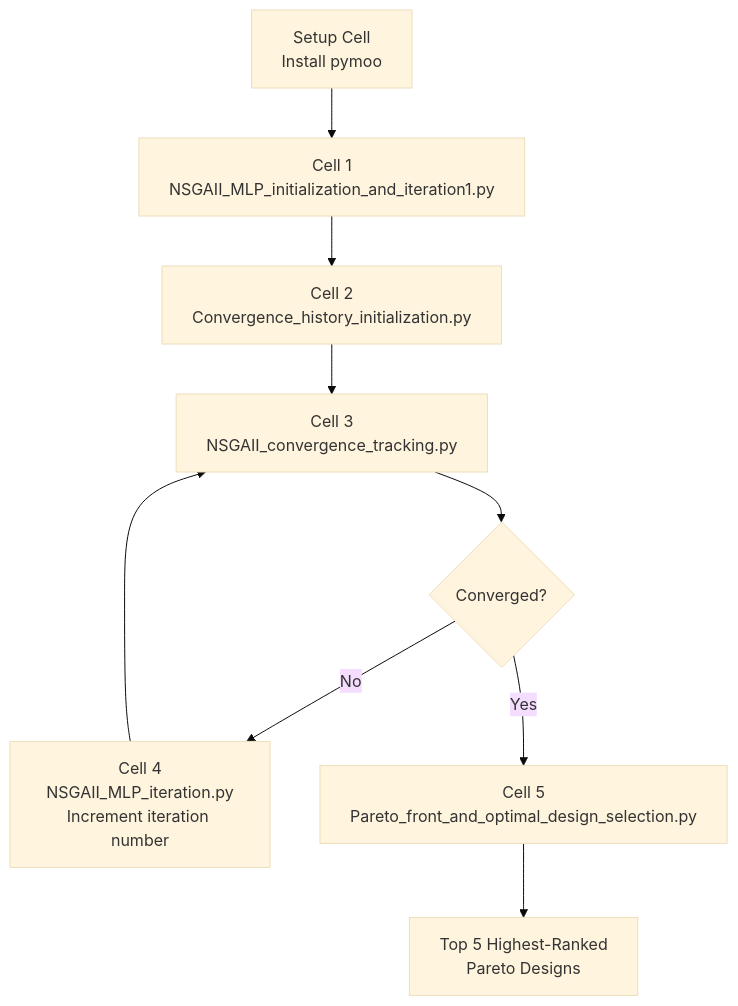
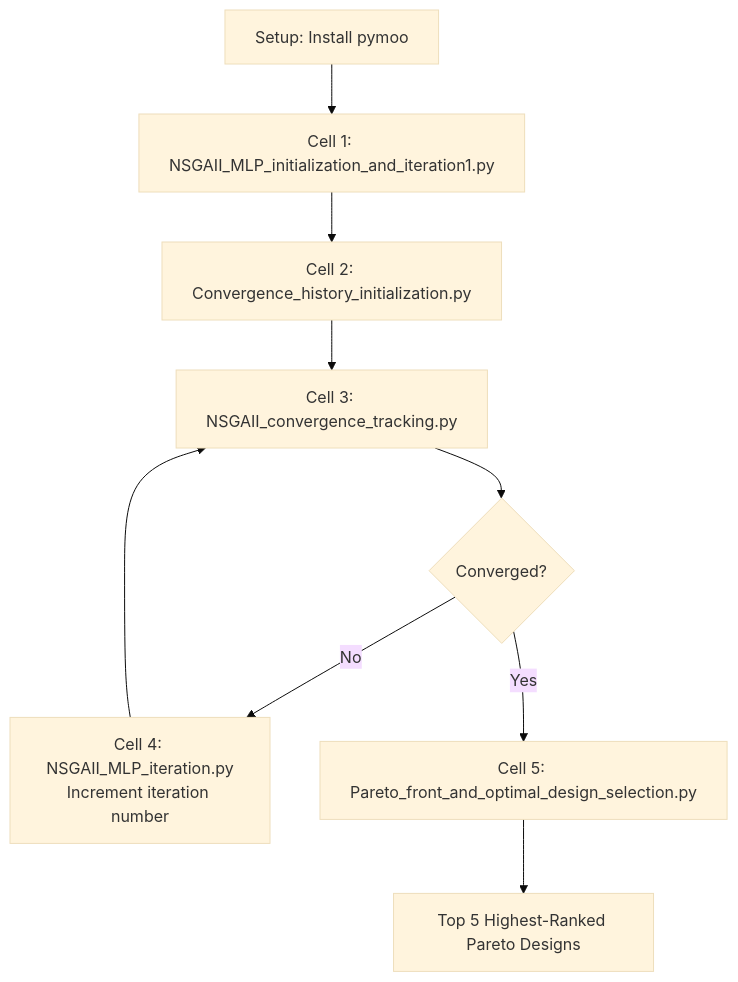
Before and after one commit to Moni9612/NSGA-II-and-MLP-Integration: the second of 2 diagrams in README.md, drawn with Mermaid (base theme). The commit also changed other lines of this file, not shown here.

````diff
--- a/README.md
+++ b/README.md
@@ -148,29 +146,27 @@
 ```mermaid
 flowchart TD
-    S["Setup Cell<br/>Install pymoo"]
+    S["Setup: Install pymoo"]
 
-    A["Cell 1<br/>NSGAII_MLP_initialization_and_iteration1.py"]
+    A["Cell 1: NSGAII_MLP_initialization_and_iteration1.py"]
 
-    B["Cell 2<br/>Convergence_history_initialization.py"]
+    B["Cell 2: Convergence_history_initialization.py"]
 
-    C["Cell 3<br/>NSGAII_convergence_tracking.py"]
+    C["Cell 3: NSGAII_convergence_tracking.py"]
 
     D{"Converged?"}
 
-    E["Cell 4<br/>NSGAII_MLP_iteration.py<br/>Increment iteration number"]
+    E["Cell 4: NSGAII_MLP_iteration.py<br/>Increment iteration number"]
 
-    F["Cell 5<br/>Pareto_front_and_optimal_design_selection.py"]
+    F["Cell 5: Pareto_front_and_optimal_design_selection.py"]
 
-    G["Top 5 Highest-Ranked<br/>Pareto Designs"]
+    G["Top 5 Highest-Ranked Pareto Designs"]
 
     S --> A
     A --> B
     B --> C
     C --> D
-
-    D -- No --> E
+    D -->|No| E
     E --> C
-
-    D -- Yes --> F
+    D -->|Yes| F
     F --> G
 ```
````
